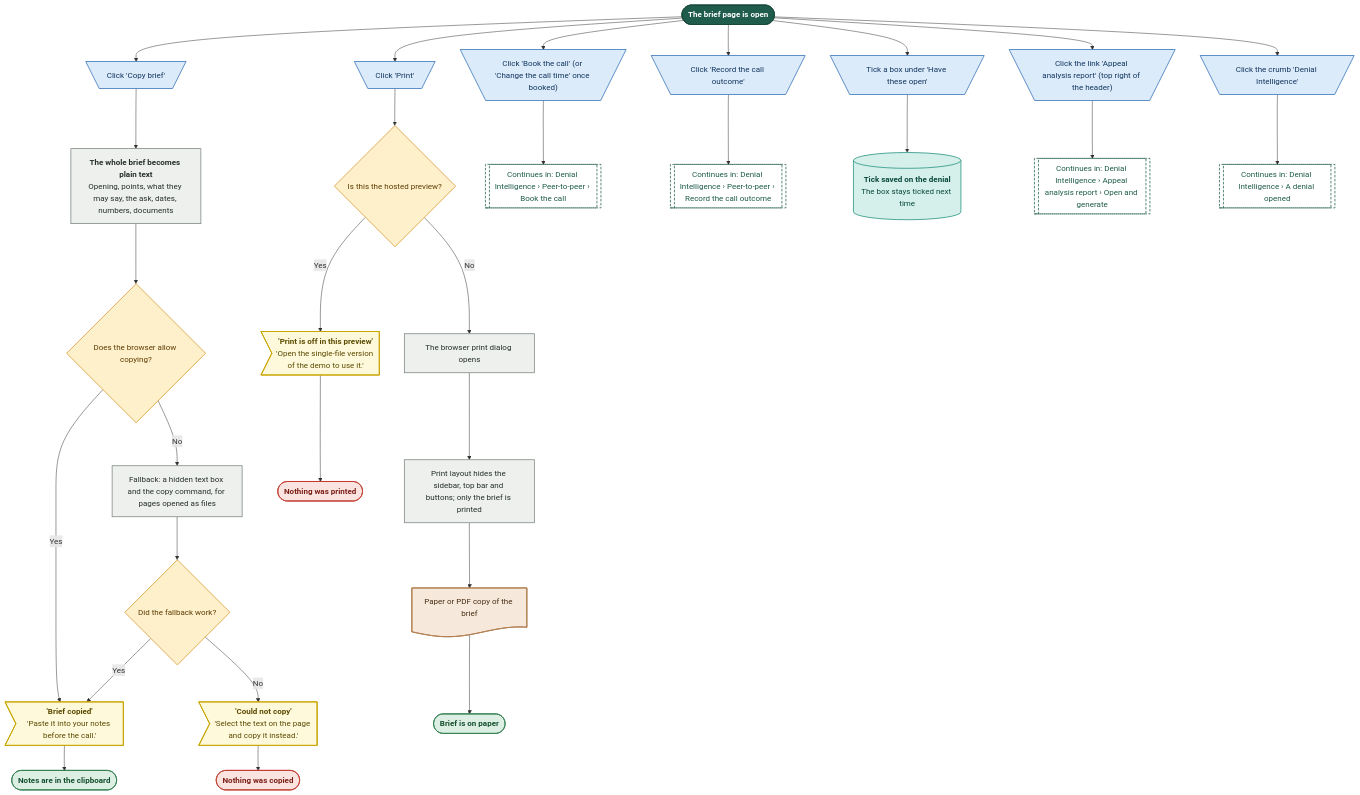
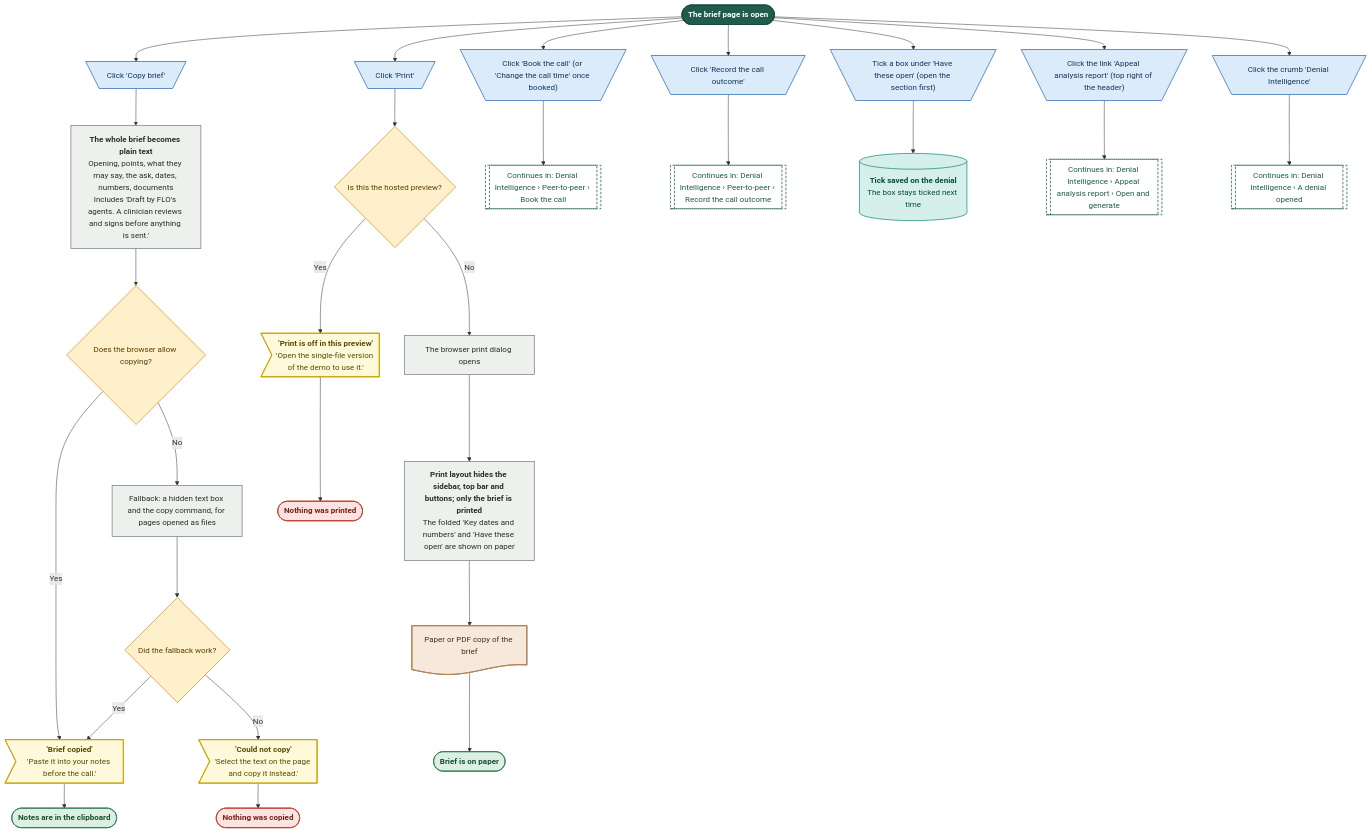
One commit to Shrav143/psyfloapp changed diagram 13 of 27 in demos/prior-auth-demo/workflows/out/md/06-denials.md. Above: the diagram before and after it, drawn with Mermaid. The commit also changed other lines of this file and 192 other files, not shown here.

First line of the commit message:
docs: changelog by sidebar tab; README, diagrams and Settings layout aligned with the refinement; shared InfoTip; referral cost-share line

````diff
--- a/demos/prior-auth-demo/workflows/out/md/06-denials.md
+++ b/demos/prior-auth-demo/workflows/out/md/06-denials.md
@@ -970,72 +997,72 @@
 ```mermaid
 %%{init: {"theme":"base","themeVariables":{"fontFamily":"'DM Sans', 'Segoe UI', system-ui, sans-serif","fontSize":"15px","lineColor":"#5B6B63","primaryTextColor":"#1C2B25","clusterBkg":"#FBF8F3","clusterBorder":"#D9CDBB","edgeLabelBackground":"#FFFFFF"},"flowchart":{"curve":"basis","nodeSpacing":36,"rankSpacing":48,"padding":12,"htmlLabels":true,"useMaxWidth":false,"wrappingWidth":230}} }%%
 flowchart TD
   classDef k_start fill:#1F5C4B,stroke:#174638,color:#FFFFFF,stroke-width:1.5px,font-weight:600
   classDef k_end fill:#DDEFE3,stroke:#2E7D4F,color:#14502F,stroke-width:1.5px,font-weight:600
   classDef k_endx fill:#FBE3E0,stroke:#C0392B,color:#7A1F16,stroke-width:1.5px,font-weight:600
   classDef k_screen fill:#FFFDF8,stroke:#1F5C4B,color:#1C2B25,stroke-width:2px
   classDef k_overlay fill:#F1F7F3,stroke:#1F5C4B,color:#1C2B25,stroke-width:2px,stroke-dasharray:5 3
   classDef k_click fill:#DCEBFA,stroke:#2F6DB5,color:#12365F,stroke-width:1.5px
   classDef k_input fill:#E4E7FF,stroke:#4C5FD5,color:#1D2670,stroke-width:1.5px
   classDef k_process fill:#EEF0EE,stroke:#7A857F,color:#26302B,stroke-width:1.5px
   classDef k_agent fill:#EEE5FA,stroke:#7A4FC2,color:#341A63,stroke-width:1.5px
   classDef k_decision fill:#FFF0CC,stroke:#D9962B,color:#5C3B00,stroke-width:1.5px
   classDef k_store fill:#D5F0EA,stroke:#1C8E7B,color:#0B4A3F,stroke-width:1.5px
   classDef k_doc fill:#F6E9DC,stroke:#B07A4C,color:#4A2E14,stroke-width:1.5px
   classDef k_ext fill:#FFE6D2,stroke:#E07B39,color:#6B2F06,stroke-width:1.5px
   classDef k_wait fill:#E4E8EE,stroke:#6B7C93,color:#26303D,stroke-width:1.5px
   classDef k_toast fill:#FFF9DB,stroke:#C9A400,color:#5A4A00,stroke-width:1.5px
   classDef k_goto fill:#FFFFFF,stroke:#1F5C4B,color:#1F5C4B,stroke-width:1.5px,stroke-dasharray:5 3
   s1@{ shape: stadium, label: "The brief page is open" }
   c1@{ shape: trap-t, label: "Click 'Copy brief'" }
-  p1@{ shape: rect, label: "<b>The whole brief becomes plain text</b><br/>Opening, points, what they may say, the ask, dates, numbers, documents" }
+  p1@{ shape: rect, label: "<b>The whole brief becomes plain text</b><br/>Opening, points, what they may say, the ask, dates, numbers, documents<br/>Includes 'Draft by FLO's agents. A clinician reviews and signs before anything is sent.'" }
   d1@{ shape: diam, label: "Does the browser allow copying?" }
   p2@{ shape: rect, label: "Fallback: a hidden text box and the copy command, for pages opened as files" }
   d2@{ shape: diam, label: "Did the fallback work?" }
   t1@{ shape: odd, label: "<b>'Brief copied'</b><br/>'Paste it into your notes before the call.'" }
   t2@{ shape: odd, label: "<b>'Could not copy'</b><br/>'Select the text on the page and copy it instead.'" }
   c2@{ shape: trap-t, label: "Click 'Print'" }
   d3@{ shape: diam, label: "Is this the hosted preview?" }
   t3@{ shape: odd, label: "<b>'Print is off in this preview'</b><br/>'Open the single-file version of the demo to use it.'" }
   p3@{ shape: rect, label: "The browser print dialog opens" }
-  p4@{ shape: rect, label: "Print layout hides the sidebar, top bar and buttons; only the brief is printed" }
+  p4@{ shape: rect, label: "<b>Print layout hides the sidebar, top bar and buttons; only the brief is printed</b><br/>The folded 'Key dates and numbers' and 'Have these open' are shown on paper" }
   dc1@{ shape: doc, label: "Paper or PDF copy of the brief" }
   c3@{ shape: trap-t, label: "Click 'Book the call' (or 'Change the call time' once booked)" }
   g1@{ shape: subproc, label: "Continues in: Denial Intelligence › Peer-to-peer › Book the call" }
   c4@{ shape: trap-t, label: "Click 'Record the call outcome'" }
   g2@{ shape: subproc, label: "Continues in: Denial Intelligence › Peer-to-peer › Record the call outcome" }
-  c5@{ shape: trap-t, label: "Tick a box under 'Have these open'" }
+  c5@{ shape: trap-t, label: "Tick a box under 'Have these open' (open the section first)" }
   st1@{ shape: cyl, label: "<b>Tick saved on the denial</b><br/>The box stays ticked next time" }
   c7@{ shape: trap-t, label: "Click the link 'Appeal analysis report' (top right of the header)" }
   g4@{ shape: subproc, label: "Continues in: Denial Intelligence › Appeal analysis report › Open and generate" }
   c6@{ shape: trap-t, label: "Click the crumb 'Denial Intelligence'" }
   g3@{ shape: subproc, label: "Continues in: Denial Intelligence › A denial opened" }
   e1@{ shape: stadium, label: "Notes are in the clipboard" }
   e2@{ shape: stadium, label: "Brief is on paper" }
   e3@{ shape: stadium, label: "Nothing was copied" }
   e4@{ shape: stadium, label: "Nothing was printed" }
   s1 --> c1 & c2 & c3 & c4 & c5 & c6 & c7
   c1 --> p1 --> d1
   d1 -->|"Yes"| t1 --> e1
   d1 -->|"No"| p2 --> d2
   d2 -->|"Yes"| t1
   d2 -->|"No"| t2 --> e3
   c2 --> d3
   d3 -->|"Yes"| t3 --> e4
   d3 -->|"No"| p3 --> p4 --> dc1 --> e2
   c3 --> g1
   c4 --> g2
   c5 --> st1
   c6 --> g3
   c7 --> g4
   class s1 k_start
   class c1,c2,c3,c4,c5,c7,c6 k_click
   class p1,p2,p3,p4 k_process
   class d1,d2,d3 k_decision
   class t1,t2,t3 k_toast
   class dc1 k_doc
   class g1,g2,g4,g3 k_goto
   class st1 k_store
   class e1,e2 k_end
   class e3,e4 k_endx
 ```
````
